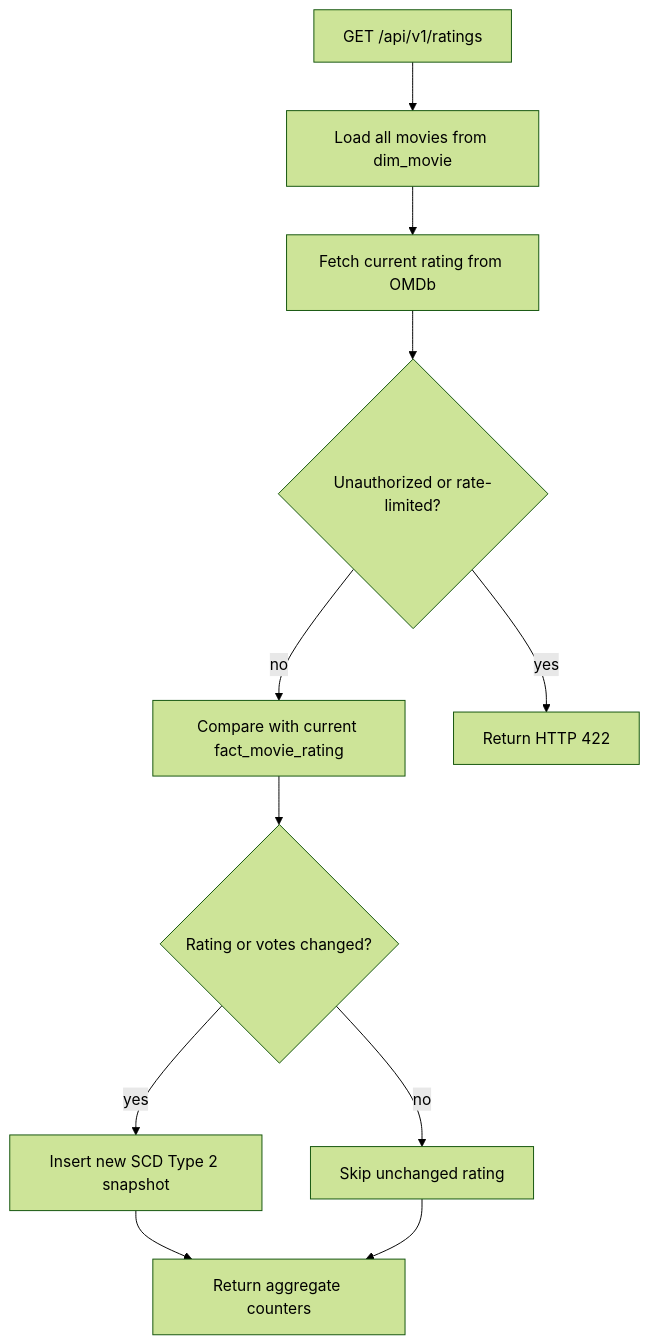
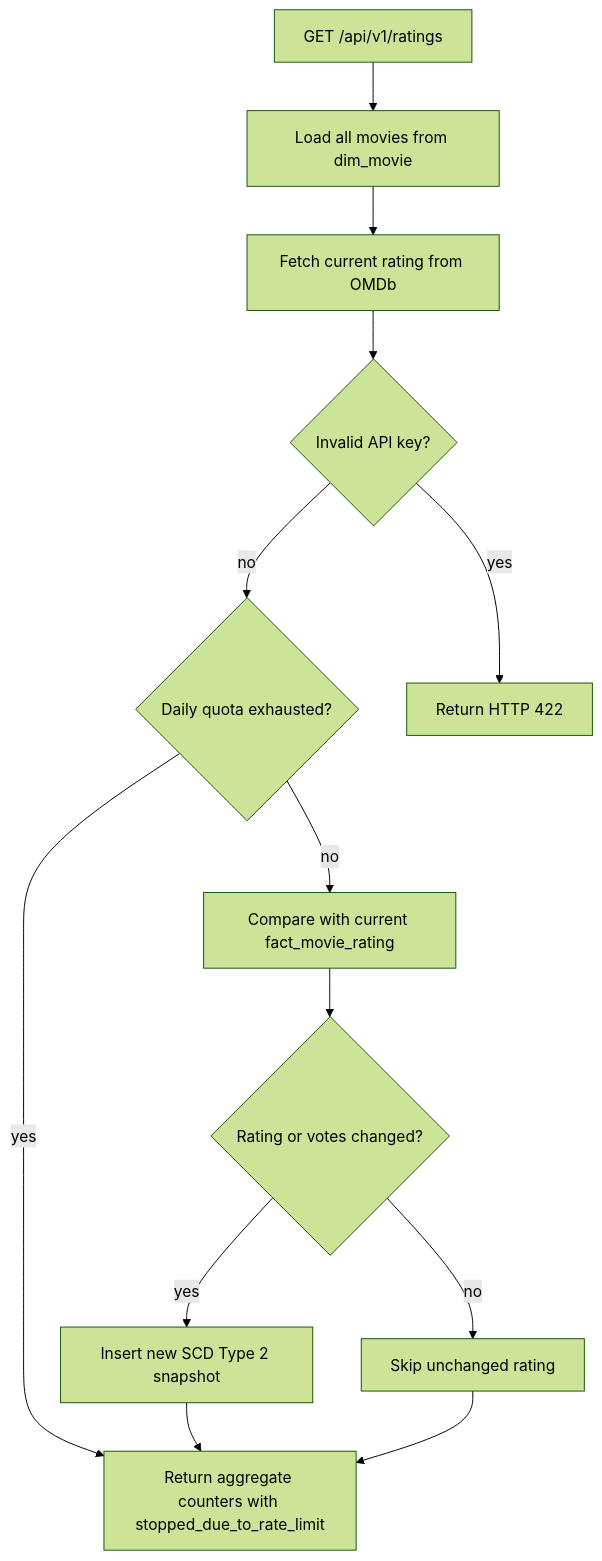
Before and after one commit to MarcinKurek4/FM: the third of 4 diagrams in README.md, drawn with Mermaid (forest theme). The commit also changed other lines of this file and 35 other files, not shown here.

````diff
--- a/README.md
+++ b/README.md
@@ -355,24 +357,27 @@
 ```mermaid
 flowchart TD
     Request["GET /api/v1/ratings"]
     LoadMovies["Load all movies from dim_movie"]
     FetchOMDb["Fetch current rating from OMDb"]
-    FatalError{"Unauthorized or rate-limited?"}
+    FatalError{"Invalid API key?"}
+    RateLimit{"Daily quota exhausted?"}
     Compare["Compare with current fact_movie_rating"]
     Changed{"Rating or votes changed?"}
     Insert["Insert new SCD Type 2 snapshot"]
     Skip["Skip unchanged rating"]
-    Response["Return aggregate counters"]
+    Response["Return aggregate counters with stopped_due_to_rate_limit"]
     Error422["Return HTTP 422"]
 
     Request --> LoadMovies
     LoadMovies --> FetchOMDb
     FetchOMDb --> FatalError
     FatalError -- yes --> Error422
-    FatalError -- no --> Compare
+    FatalError -- no --> RateLimit
+    RateLimit -- yes --> Response
+    RateLimit -- no --> Compare
     Compare --> Changed
     Changed -- yes --> Insert
     Changed -- no --> Skip
     Insert --> Response
     Skip --> Response
 ```
````
